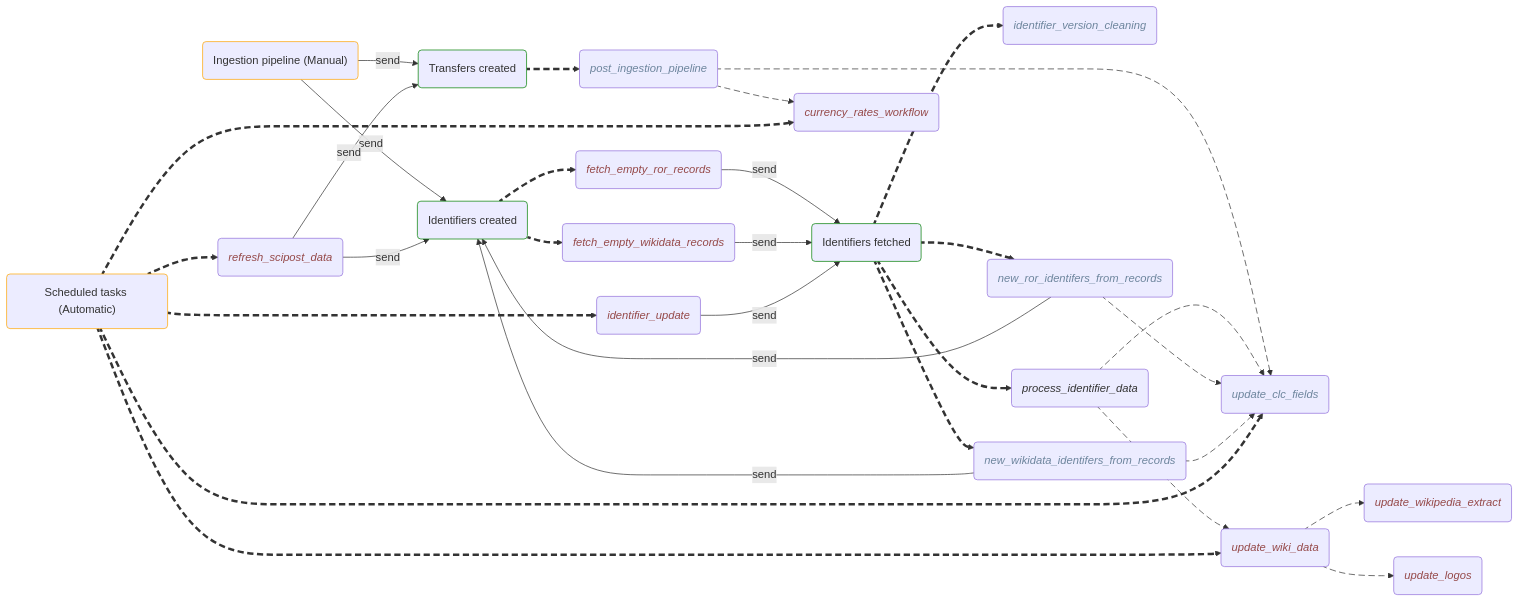
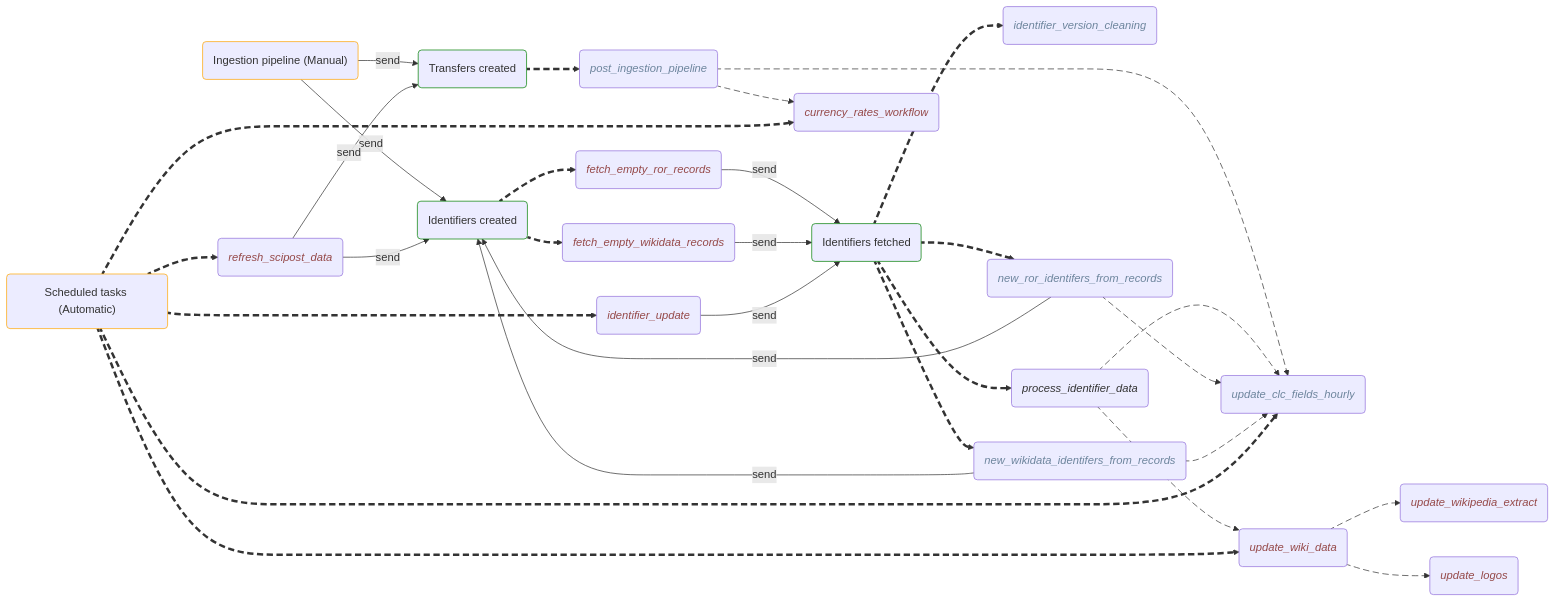
The fourth of 4 diagrams in backend/tsosi/data/README.md (tsosi-org/tsosi-app), drawn with Mermaid before and after one commit. The commit also changed other lines of this file and 9 other files, not shown here.

```diff
--- a/backend/tsosi/data/README.md
+++ b/backend/tsosi/data/README.md
@@ -267,12 +250,12 @@
     TRIGGER_2("Scheduled tasks (Automatic)")
 
     Ta("post_ingestion_pipeline")
-    Tb("update_clc_fields")
+    Tb("update_clc_fields_hourly")
     Tc("currency_rates_workflow")
 
     Td("fetch_empty_ror_records")
     Te("fetch_empty_wikidata_records")
-    
+
     Tf("identifier_version_cleaning")
 
     Tg("process_identifier_data")
@@ -287,11 +270,11 @@
 
 
     Tz("identifier_update")
-    
+
 
     TRIGGER_1 -- send --> A
     TRIGGER_1 -- send --> B
-    
+
     A a1@==> Ta
     Ta a18@--> Tb
     Ta a19@--> Tc
@@ -347,7 +330,7 @@
 
     classDef apiTask color:#954949;
     class Tc,Td,Te,Th,Ti,Tj,Tz,Tu1 apiTask;
-    
+
 
     classDef animate stroke-dasharray: 9\,5,stroke-dashoffset: 900,animation: dash 25s linear infinite;
     class a1,a2,a3,a4,a5,a6,a7,a8,a9,a10,a11,a12,a13,a14,a15,a16,a17,a18,a19,a20 animate;
```
